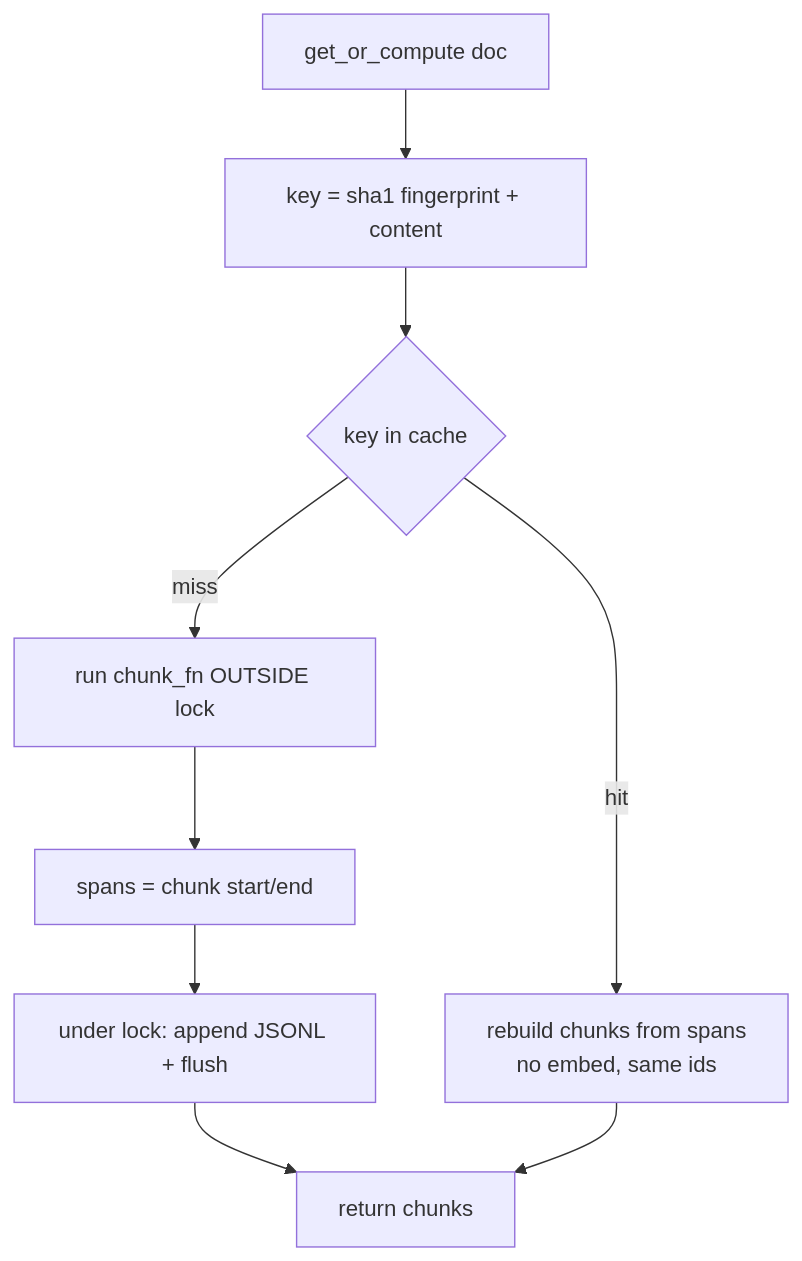
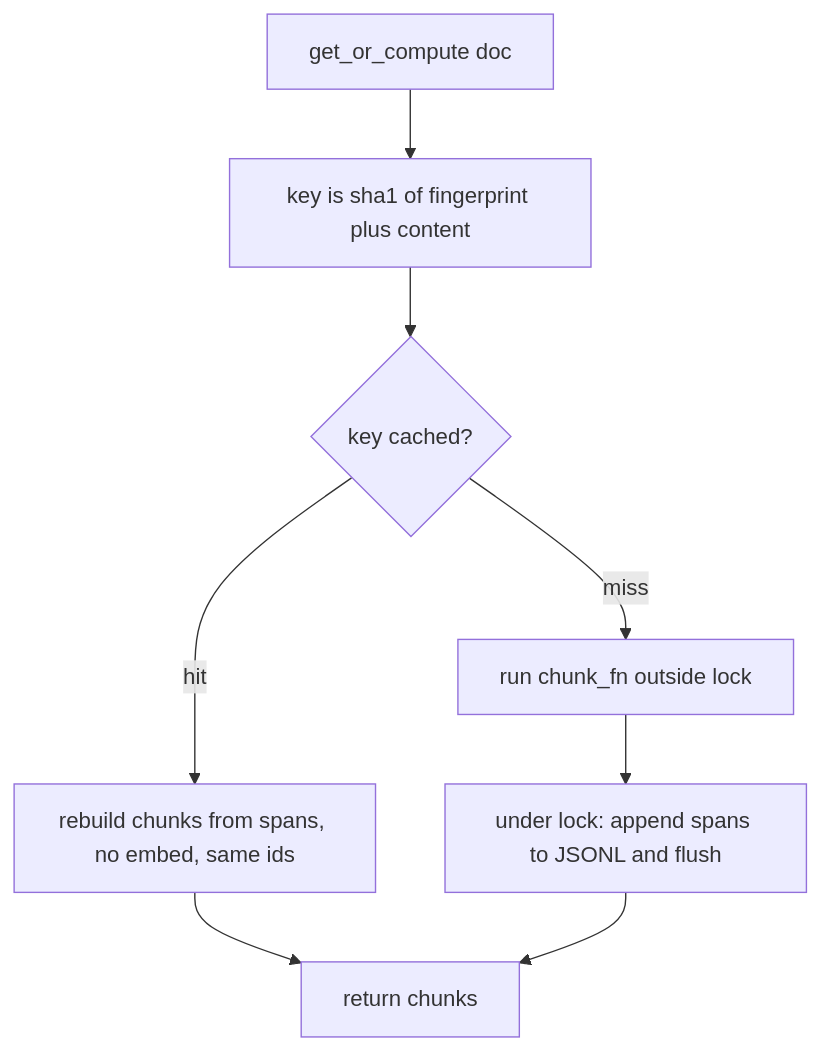
One commit to wilke/ragstack changed diagram 15 of 45 in docs/ARCHITECTURE-DEEP-DIVE.md. Above: the diagram before and after it, drawn with Mermaid. The commit also changed other lines of this file and 2 other files, not shown here.

First line of the commit message:
docs: rewrite the architecture deep-dive against main 22b44be (#631)

````diff
--- a/docs/ARCHITECTURE-DEEP-DIVE.md
+++ b/docs/ARCHITECTURE-DEEP-DIVE.md
@@ -412,11 +804,10 @@
 ```mermaid
 flowchart TD
-  A[get_or_compute doc] --> B[key = sha1 fingerprint + content]
-  B --> C{key in cache}
-  C -- hit --> D[rebuild chunks from spans<br/>no embed, same ids]
-  C -- miss --> E[run chunk_fn OUTSIDE lock]
-  E --> F[spans = chunk start/end]
-  F --> G[under lock: append JSONL + flush]
-  G --> H[return chunks]
-  D --> H
+    A["get_or_compute doc"] --> B["key is sha1 of fingerprint plus content"]
+    B --> C{"key cached?"}
+    C -- "hit" --> D["rebuild chunks from spans, no embed, same ids"]
+    C -- "miss" --> E["run chunk_fn outside lock"]
+    E --> F["under lock: append spans to JSONL and flush"]
+    D --> G["return chunks"]
+    F --> G
 ```
````
